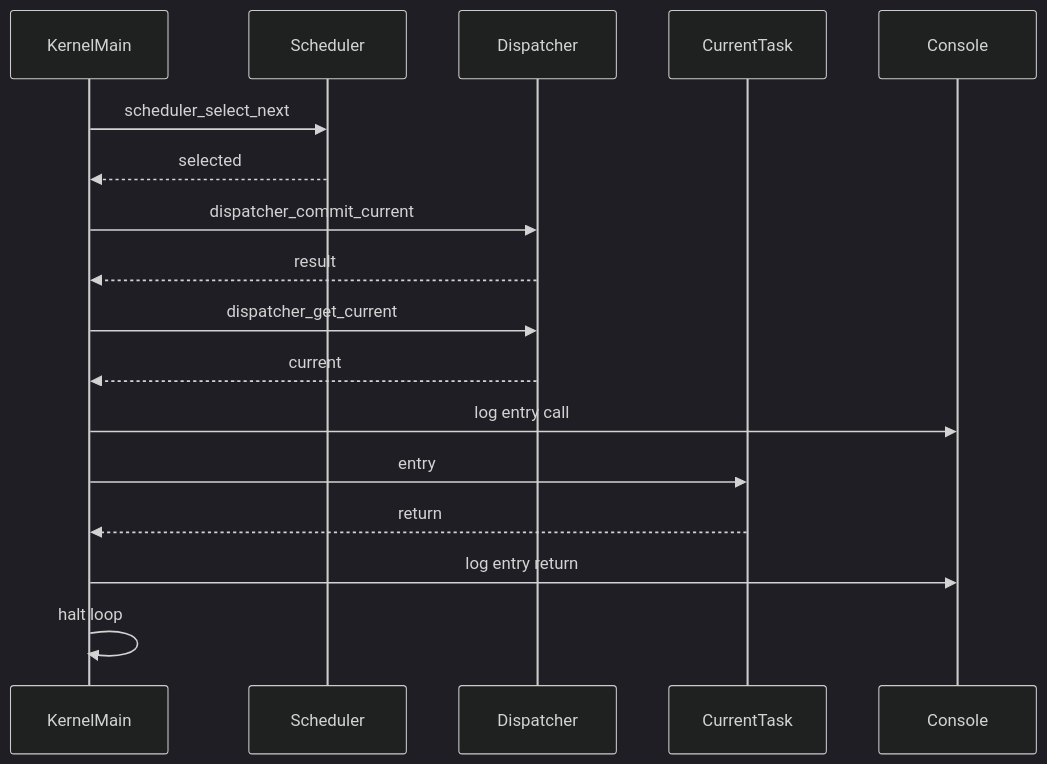
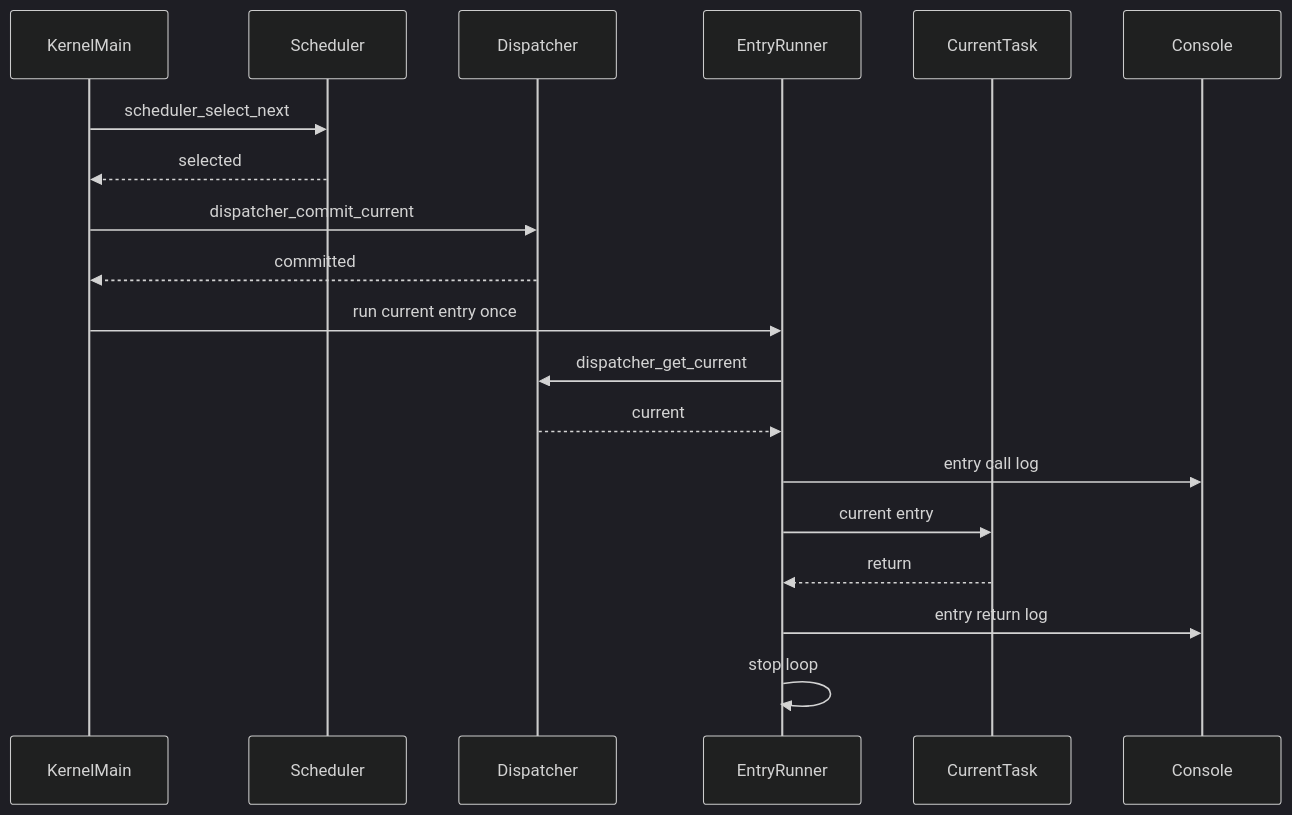
The second of 2 diagrams in .kiro/specs/task-entry-runner/design.md (pekopagu/itron-rtos), drawn with Mermaid (dark theme) before and after one commit. The commit also changed other lines of this file and 2 other files, not shown here.

Commit message:
spec: define entry return observation model (Chapter 4.2)

````diff
--- a/.kiro/specs/task-entry-runner/design.md
+++ b/.kiro/specs/task-entry-runner/design.md
@@ -127,20 +135,22 @@
 ```mermaid
 sequenceDiagram
     participant KernelMain
     participant Scheduler
     participant Dispatcher
+    participant EntryRunner
     participant CurrentTask
     participant Console
 
     KernelMain->>Scheduler: scheduler_select_next
     Scheduler-->>KernelMain: selected
     KernelMain->>Dispatcher: dispatcher_commit_current
-    Dispatcher-->>KernelMain: result
-    KernelMain->>Dispatcher: dispatcher_get_current
-    Dispatcher-->>KernelMain: current
-    KernelMain->>Console: log entry call
-    KernelMain->>CurrentTask: entry
-    CurrentTask-->>KernelMain: return
-    KernelMain->>Console: log entry return
-    KernelMain->>KernelMain: halt loop
+    Dispatcher-->>KernelMain: committed
+    KernelMain->>EntryRunner: run current entry once
+    EntryRunner->>Dispatcher: dispatcher_get_current
+    Dispatcher-->>EntryRunner: current
+    EntryRunner->>Console: entry call log
+    EntryRunner->>CurrentTask: current entry
+    CurrentTask-->>EntryRunner: return
+    EntryRunner->>Console: entry return log
+    EntryRunner->>EntryRunner: stop loop
 ```
````
